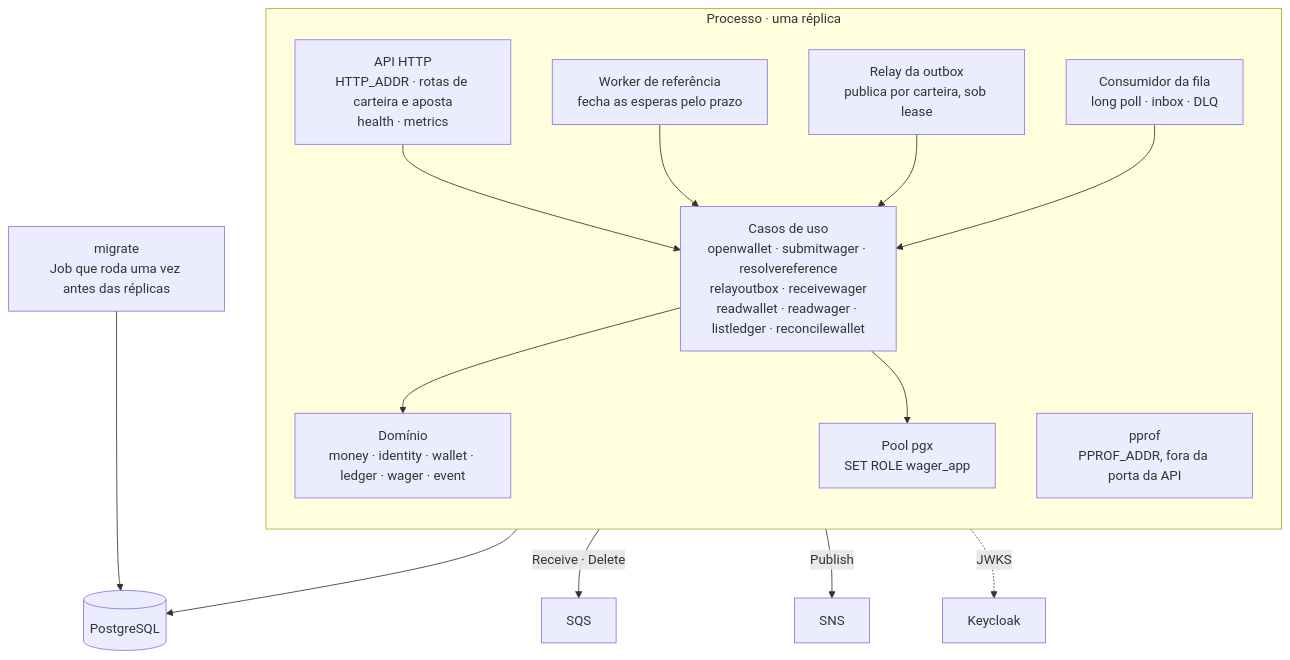
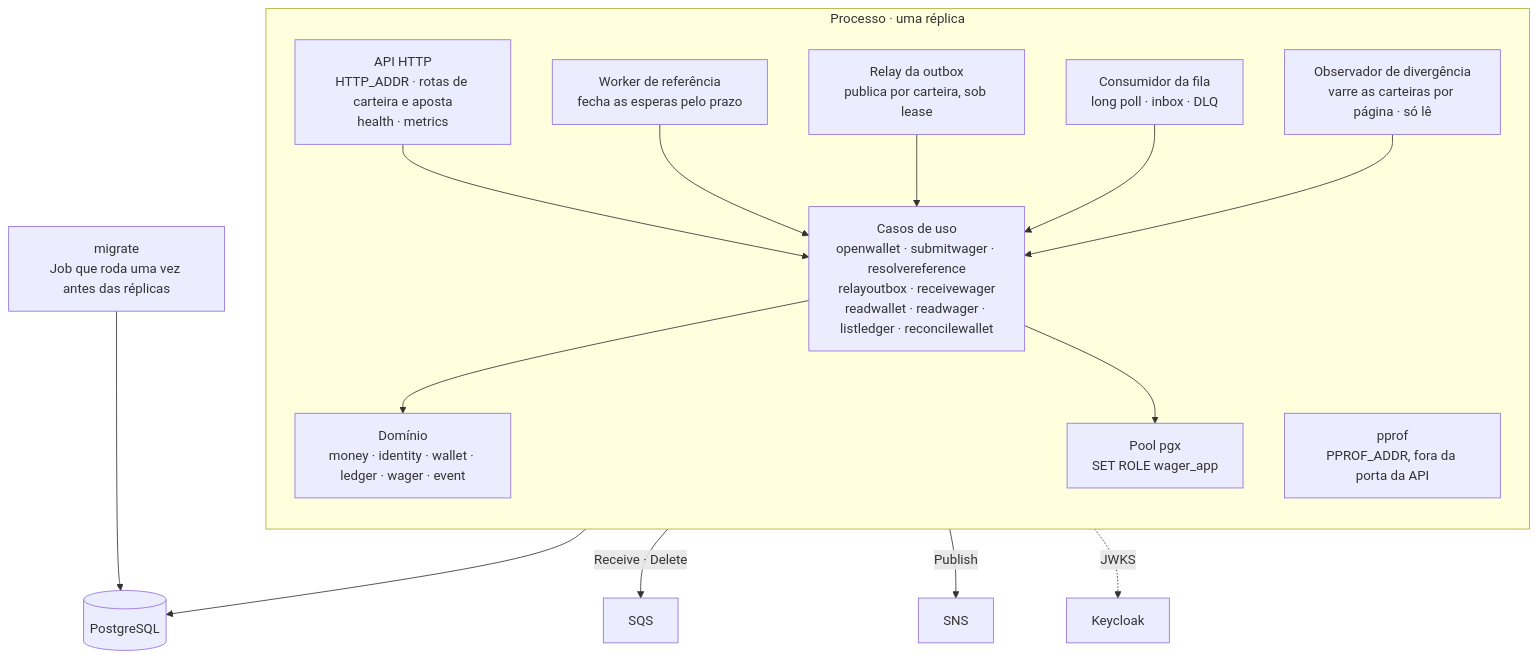
The second of 3 diagrams in docs/01-contexto.md (cassiusbessa/backend-challenge-go), drawn with Mermaid before and after one commit. The commit also changed other lines of this file and 5 other files, not shown here.

````diff
--- a/docs/01-contexto.md
+++ b/docs/01-contexto.md
@@ -50,31 +50,33 @@
 ```mermaid
 flowchart TB
     subgraph process["Processo · uma réplica"]
         direction TB
         api["API HTTP<br/>HTTP_ADDR · rotas de carteira e aposta<br/>health · metrics"]
         pprof["pprof<br/>PPROF_ADDR, fora da porta da API"]
         ref["Worker de referência<br/>fecha as esperas pelo prazo"]
         relay["Relay da outbox<br/>publica por carteira, sob lease"]
         cons["Consumidor da fila<br/>long poll · inbox · DLQ"]
+        watch["Observador de divergência<br/>varre as carteiras por página · só lê"]
         uc["Casos de uso<br/>openwallet · submitwager · resolvereference<br/>relayoutbox · receivewager<br/>readwallet · readwager · listledger · reconcilewallet"]
         dom["Domínio<br/>money · identity · wallet · ledger · wager · event"]
         pool["Pool pgx<br/>SET ROLE wager_app"]
     end
     migrate["migrate<br/>Job que roda uma vez antes das réplicas"]
     pg[("PostgreSQL")]
     sqs["SQS"]
     sns["SNS"]
     kc["Keycloak"]
 
     api --> uc
     ref --> uc
     relay --> uc
     cons --> uc
+    watch --> uc
     uc --> dom
     uc --> pool
     pool --> pg
     migrate --> pg
     cons -- "Receive · Delete" --> sqs
     relay -- "Publish" --> sns
     api -. "JWKS" .-> kc
 ```
````
